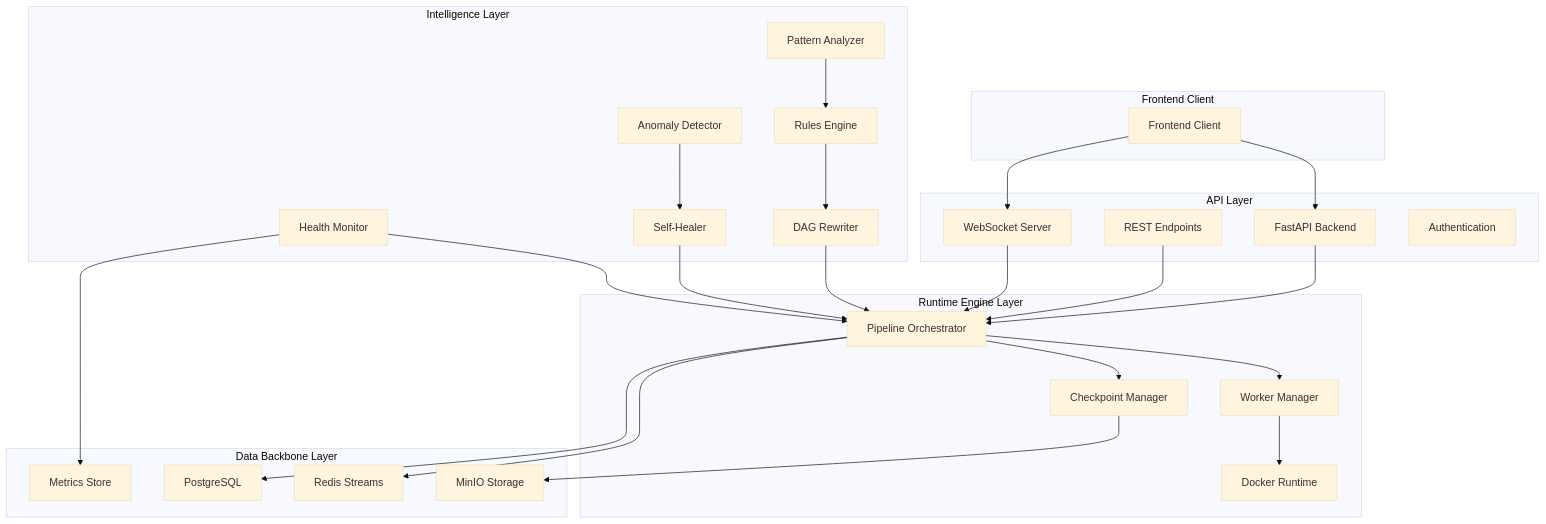
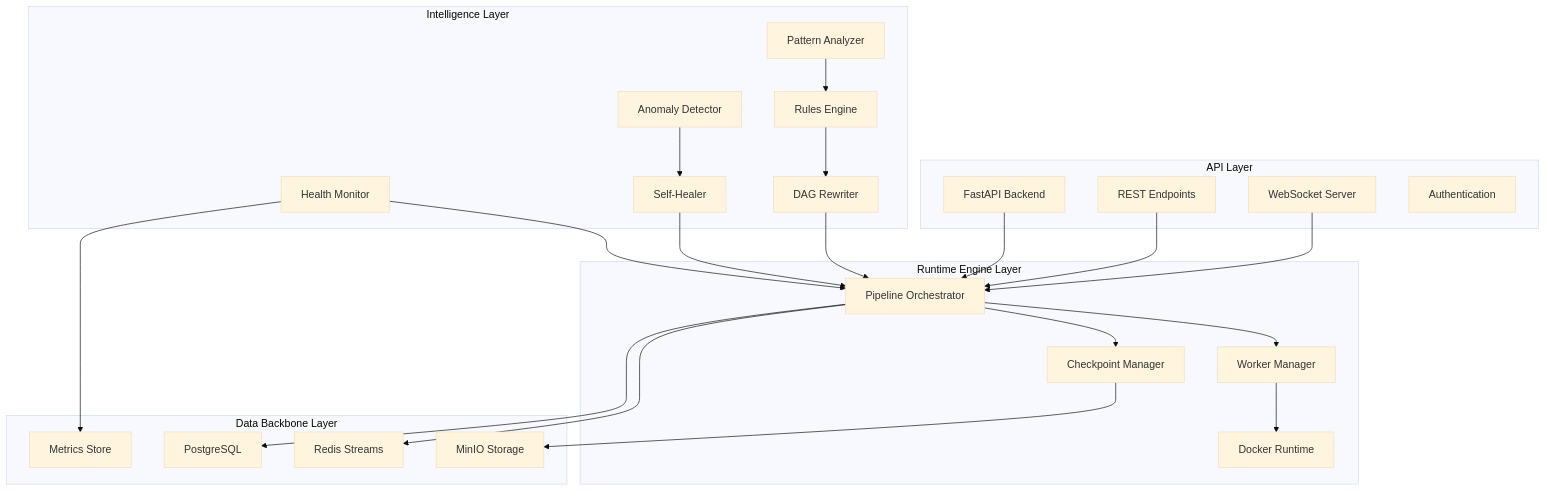
The first of 22 diagrams in backend/docs/ARCHITECTURE.md (rathinadev/Flowstorm), drawn with Mermaid (base theme) before and after one commit. The commit also changed other lines of this file, not shown here.

First line of the commit message:
Update backend ARCHITECTURE.md with additional Mermaid diagrams

````diff
--- a/backend/docs/ARCHITECTURE.md
+++ b/backend/docs/ARCHITECTURE.md
@@ -27,50 +30,45 @@
 ```mermaid
 graph TD
-    subgraph Layer1[Frontend Client]
-        A[Frontend Client]
-    end
-    subgraph Layer2[API Layer]
+    subgraph Layer1[API Layer]
         E[FastAPI Backend]
         F[REST Endpoints]
         G[WebSocket Server]
         H[Authentication]
     end
-    subgraph Layer3[Runtime Engine Layer]
+    subgraph Layer2[Runtime Engine Layer]
         I[Pipeline Orchestrator]
         J[Worker Manager]
         K[Docker Runtime]
         L[Checkpoint Manager]
     end
-    subgraph Layer4[Intelligence Layer]
+    subgraph Layer3[Intelligence Layer]
         M[Health Monitor]
         N[Anomaly Detector]
         O[Self-Healer]
         P[Pattern Analyzer]
         Q[Rules Engine]
         R[DAG Rewriter]
     end
-    subgraph Layer5[Data Backbone Layer]
+    subgraph Layer4[Data Backbone Layer]
         S[Redis Streams]
         T[PostgreSQL]
         U[MinIO Storage]
         V[Metrics Store]
     end
-    A --> E
-    A --> G
     E --> I
     F --> I
     G --> I
     I --> J
     J --> K
     I --> L
     M --> I
     N --> O
     O --> I
     P --> Q
     Q --> R
     R --> I
     I --> S
     I --> T
     L --> U
     M --> V
 ```
````
